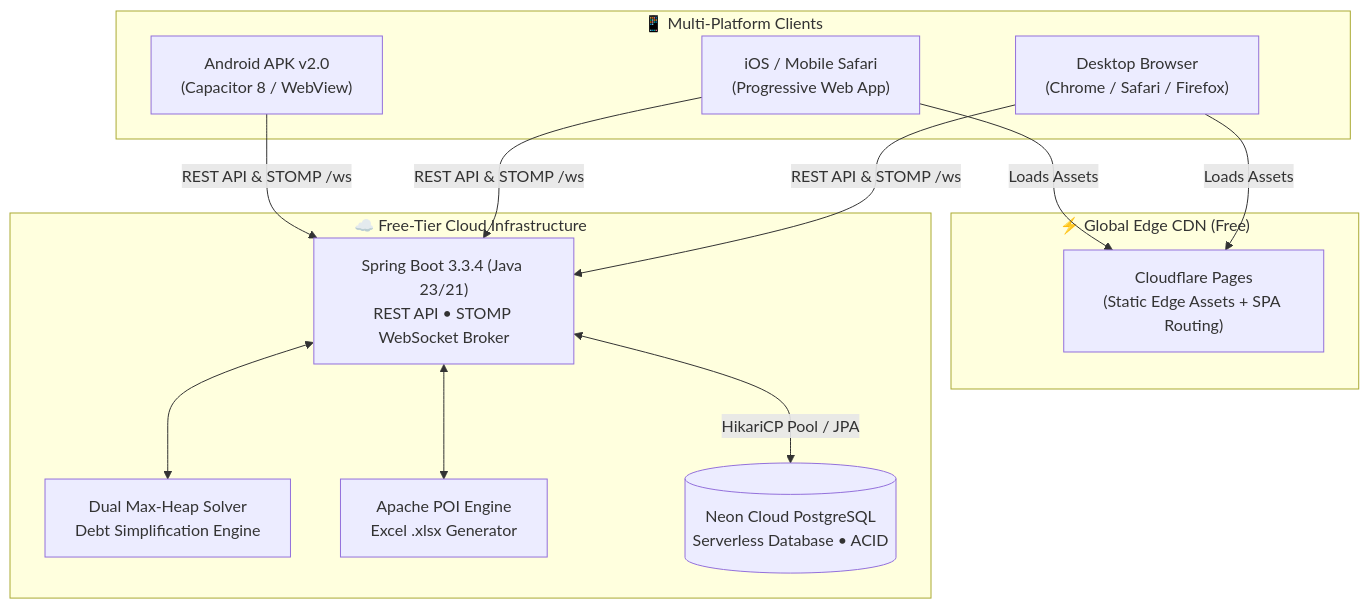
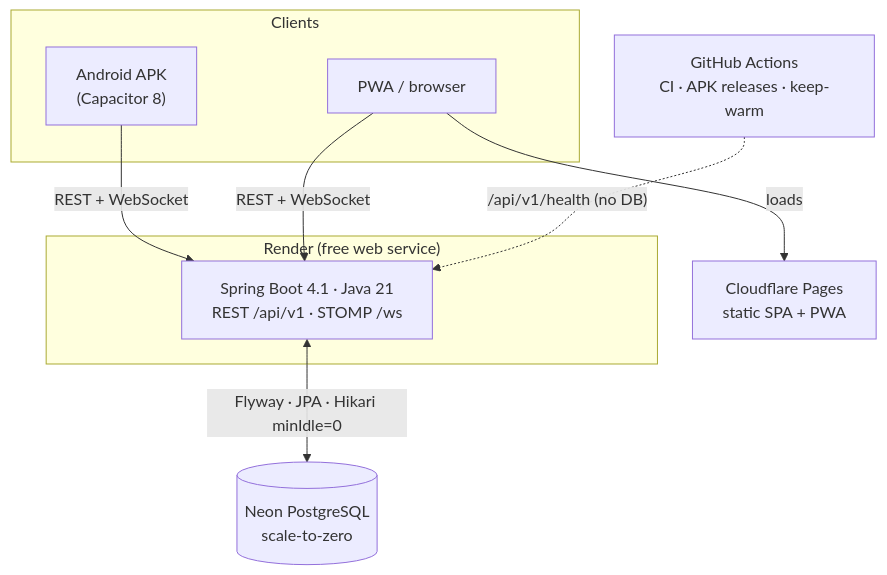
Before and after one commit to byte2code/settlehub: the diagram in README.md, drawn with Mermaid. The commit also changed other lines of this file and 22 other files, not shown here.

````diff
--- a/README.md
+++ b/README.md
@@ -67,28 +76,22 @@
 ```mermaid
 flowchart TD
-    subgraph Clients["📱 Multi-Platform Clients"]
-        APK["Android APK v2.0<br/>(Capacitor 8 / WebView)"]
-        PWA["iOS / Mobile Safari<br/>(Progressive Web App)"]
-        WEB["Desktop Browser<br/>(Chrome / Safari / Firefox)"]
+    subgraph Clients
+        APK["Android APK<br/>(Capacitor 8)"]
+        PWA["PWA / browser"]
     end
 
-    subgraph CDN["⚡ Global Edge CDN (Free)"]
-        CF["Cloudflare Pages<br/>(Static Edge Assets + SPA Routing)"]
+    CF["Cloudflare Pages<br/>static SPA + PWA"]
+
+    subgraph Render["Render (free web service)"]
+        BE["Spring Boot 4.1 · Java 21<br/>REST /api/v1 · STOMP /ws"]
     end
 
-    subgraph Cloud["☁️ Free-Tier Cloud Infrastructure"]
-        BE["Spring Boot 3.3.4 (Java 23/21)<br/>REST API • STOMP WebSocket Broker"]
-        Engine["Dual Max-Heap Solver<br/>Debt Simplification Engine"]
-        POI["Apache POI Engine<br/>Excel .xlsx Generator"]
-        DB[("Neon Cloud PostgreSQL<br/>Serverless Database • ACID")]
-    end
+    DB[("Neon PostgreSQL<br/>scale-to-zero")]
+    GH["GitHub Actions<br/>CI · APK releases · keep-warm"]
 
-    PWA -->|Loads Assets| CF
-    WEB -->|Loads Assets| CF
-    APK -->|REST API & STOMP /ws| BE
-    PWA -->|REST API & STOMP /ws| BE
-    WEB -->|REST API & STOMP /ws| BE
-    BE <--> Engine
-    BE <--> POI
-    BE <-->|HikariCP Pool / JPA| DB
+    PWA -->|loads| CF
+    APK -->|REST + WebSocket| BE
+    PWA -->|REST + WebSocket| BE
+    BE <-->|Flyway · JPA · Hikari minIdle=0| DB
+    GH -.->|"/api/v1/health (no DB)"| BE
 ```
````
